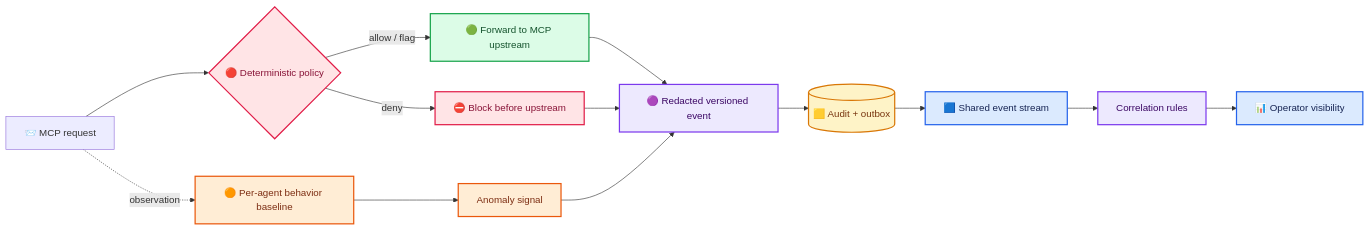
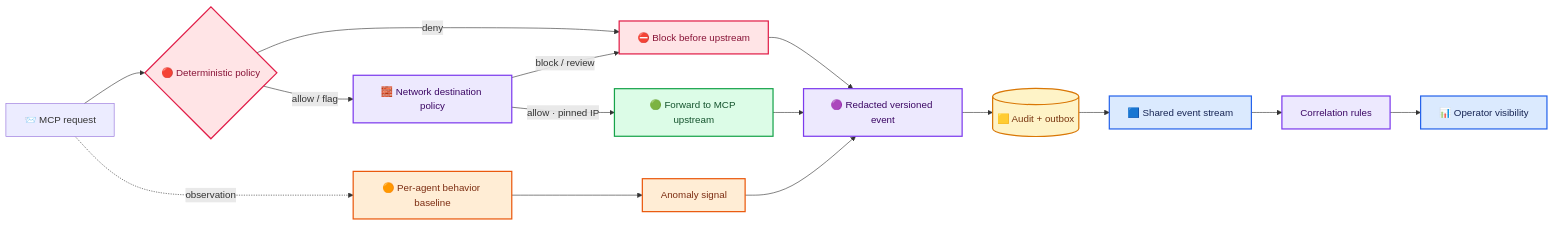
Before and after one commit to axorarbxy/sentinel-mcp-gateway: the second of 5 diagrams in README.md, drawn with Mermaid. The commit also changed other lines of this file and 25 other files, not shown here.

````diff
--- a/README.md
+++ b/README.md
@@ -66,27 +69,30 @@
 ```mermaid
 flowchart LR
   REQ[📨 MCP request] --> POLICY{🔴 Deterministic policy}
   POLICY -->|deny| STOP[⛔ Block before upstream]
-  POLICY -->|allow / flag| UP[🟢 Forward to MCP upstream]
+  POLICY -->|allow / flag| NET[🧱 Network destination policy]
+  NET -->|block / review| STOP
+  NET -->|allow · pinned IP| UP[🟢 Forward to MCP upstream]
   REQ -. observation .-> BASE[🟠 Per-agent behavior baseline]
   BASE --> SIGNAL[Anomaly signal]
   UP --> EVENT[🟣 Redacted versioned event]
   STOP --> EVENT
   SIGNAL --> EVENT
   EVENT --> STORE[(🟨 Audit + outbox)]
   STORE --> STREAM[🟦 Shared event stream]
   STREAM --> CORR[Correlation rules]
   CORR --> DASH[📊 Operator visibility]
   classDef red fill:#FFE4E6,stroke:#E11D48,color:#881337,stroke-width:2px;
   classDef orange fill:#FFEDD5,stroke:#EA580C,color:#7C2D12,stroke-width:2px;
   classDef purple fill:#EDE9FE,stroke:#7C3AED,color:#3B0764,stroke-width:2px;
   classDef green fill:#DCFCE7,stroke:#16A34A,color:#14532D,stroke-width:2px;
   classDef blue fill:#DBEAFE,stroke:#2563EB,color:#172554,stroke-width:2px;
   classDef yellow fill:#FEF3C7,stroke:#D97706,color:#78350F,stroke-width:2px;
   class POLICY,STOP red;
+  class NET purple;
   class BASE,SIGNAL orange;
   class EVENT,CORR purple;
   class UP green;
   class STREAM,DASH blue;
   class STORE yellow;
 ```
````
